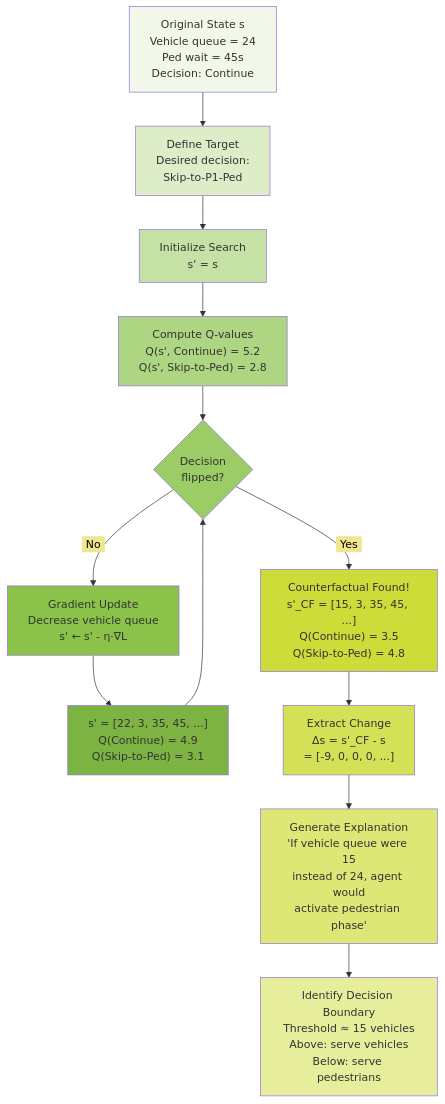
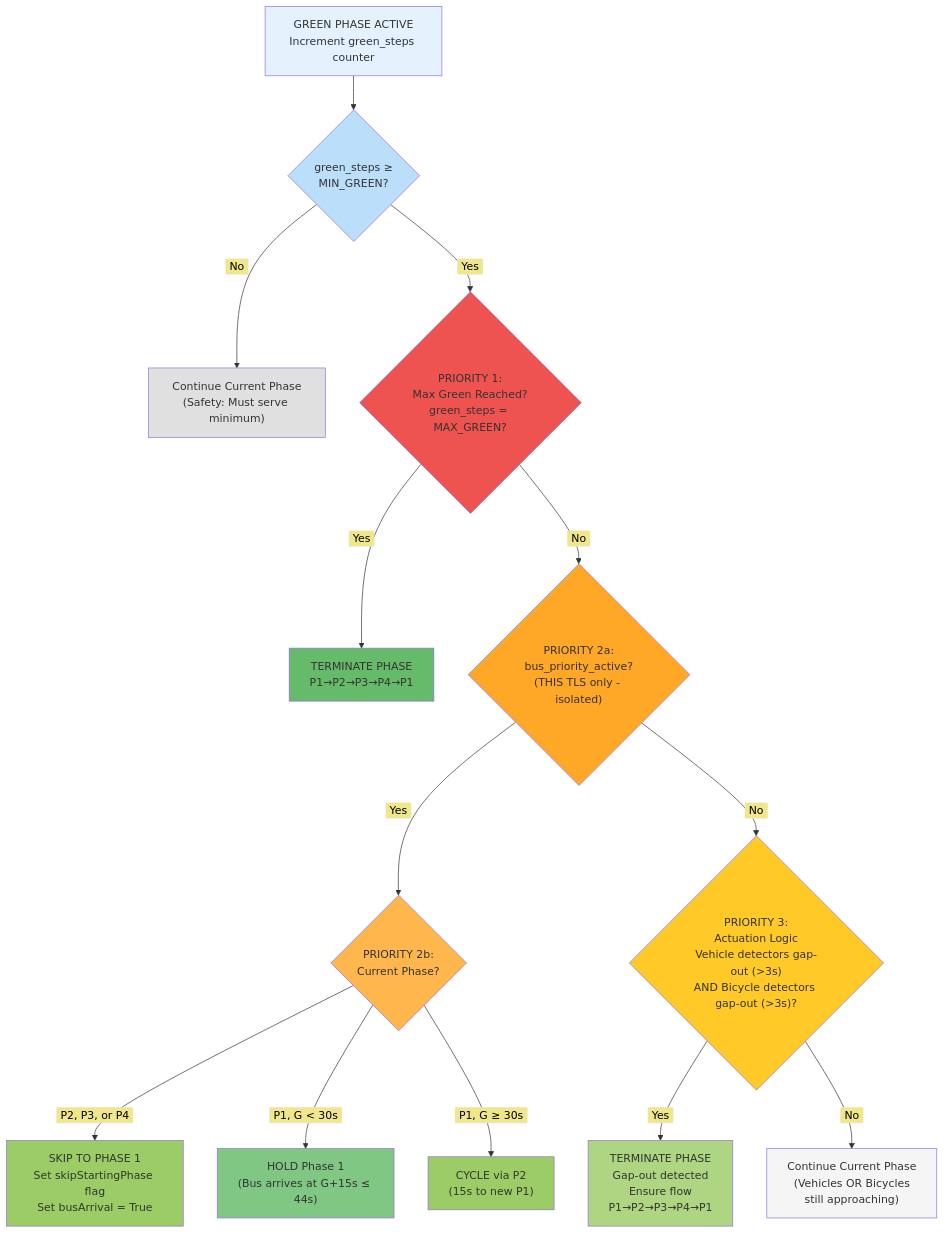
Before and after one commit to Chaklader/SignalSyncPro: the second of 7 diagrams in papers/Theory_3.md, drawn with Mermaid. The commit also changed other lines of this file and 3 other files, not shown here.

````diff
--- a/papers/Theory_3.md
+++ b/papers/Theory_3.md
@@ -606,36 +115,41 @@
 ```mermaid
 flowchart TD
-    A["Original State s<br>Vehicle queue = 24<br>Ped wait = 45s<br>Decision: Continue"] --> B["Define Target<br>Desired decision:<br>Skip-to-P1-Ped"]
 
-    B --> C["Initialize Search<br>s' = s"]
+    GreenStart["GREEN PHASE ACTIVE<br>Increment green_steps counter"] --> MinGreenCheck{"green_steps ≥<br>MIN_GREEN?"}
 
-    C --> D["Compute Q-values<br>Q(s', Continue) = 5.2<br>Q(s', Skip-to-Ped) = 2.8"]
+    MinGreenCheck -->|<span style='background-color:khaki; color:black; padding:2px 6px; border-radius:3px'>No</span>| Continue0["Continue Current Phase<br>(Safety: Must serve minimum)"]
 
-    D --> E{"Decision<br>flipped?"}
+    MinGreenCheck -->|<span style='background-color:khaki; color:black; padding:2px 6px; border-radius:3px'>Yes</span>| Priority1{"PRIORITY 1:<br>Max Green Reached?<br>green_steps = MAX_GREEN?"}
 
-    E -->|<span style='background-color:khaki; color:black; padding:2px 6px; border-radius:3px'>No</span>| F["Gradient Update<br>Decrease vehicle queue<br>s' ← s' - η·∇L"]
+    Priority1 -->|<span style='background-color:khaki; color:black; padding:2px 6px; border-radius:3px'>Yes</span>| Action1["TERMINATE PHASE<br>P1→P2→P3→P4→P1"]
 
-    F --> G["s' = [22, 3, 35, 45, ...]<br>Q(Continue) = 4.9<br>Q(Skip-to-Ped) = 3.1"]
+    Priority1 -->|<span style='background-color:khaki; color:black; padding:2px 6px; border-radius:3px'>No</span>| Priority2a{"PRIORITY 2a:<br>bus_priority_active?<br>(THIS TLS only - isolated)"}
 
-    G --> E
+    Priority2a -->|<span style='background-color:khaki; color:black; padding:2px 6px; border-radius:3px'>Yes</span>| Priority2b{"PRIORITY 2b:<br>Current Phase?"}
 
-    E -->|<span style='background-color:khaki; color:black; padding:2px 6px; border-radius:3px'>Yes</span>| H["Counterfactual Found!<br>s'_CF = [15, 3, 35, 45, ...]<br>Q(Continue) = 3.5<br>Q(Skip-to-Ped) = 4.8"]
+    Priority2b -->|<span style='background-color:khaki; color:black; padding:2px 6px; border-radius:3px'>P2, P3, or P4</span>| Action2["SKIP TO PHASE 1<br>Set skipStartingPhase flag<br>Set busArrival = True"]
 
-    H --> I["Extract Change<br>Δs = s'_CF - s<br>= [-9, 0, 0, 0, ...]"]
+    Priority2b -->|<span style='background-color:khaki; color:black; padding:2px 6px; border-radius:3px'>P1, G < 30s</span>| ContinueP1["HOLD Phase 1<br>(Bus arrives at G+15s ≤ 44s)"]
 
-    I --> J["Generate Explanation<br>'If vehicle queue were 15<br>instead of 24, agent would<br>activate pedestrian phase'"]
+    Priority2b -->|<span style='background-color:khaki; color:black; padding:2px 6px; border-radius:3px'>P1, G ≥ 30s</span>| CycleP1["CYCLE via P2<br>(15s to new P1)"]
 
-    J --> K["Identify Decision Boundary<br>Threshold ≈ 15 vehicles<br>Above: serve vehicles<br>Below: serve pedestrians"]
+    Priority2a -->|<span style='background-color:khaki; color:black; padding:2px 6px; border-radius:3px'>No</span>| Priority3{"PRIORITY 3:<br>Actuation Logic<br>Vehicle detectors gap-out (>3s)<br>AND Bicycle detectors gap-out (>3s)?"}
 
-    style A fill:#F1F8E9
-    style B fill:#DCEDC8
-    style C fill:#C5E1A5
-    style D fill:#AED581
-    style E fill:#9CCC65
-    style F fill:#8BC34A
-    style G fill:#7CB342
-    style H fill:#CDDC39
-    style I fill:#D4E157
-    style J fill:#DCE775
-    style K fill:#E6EE9C
+    Priority3 -->|<span style='background-color:khaki; color:black; padding:2px 6px; border-radius:3px'>Yes</span>| Action3["TERMINATE PHASE<br>Gap-out detected<br>Ensure flow<br>P1→P2→P3→P4→P1"]
+
+    Priority3 -->|<span style='background-color:khaki; color:black; padding:2px 6px; border-radius:3px'>No</span>| Continue2["Continue Current Phase<br>(Vehicles OR Bicycles<br>still approaching)"]
+
+    style GreenStart fill:#E3F2FD
+    style MinGreenCheck fill:#BBDEFB
+    style Priority1 fill:#EF5350
+    style Priority2a fill:#FFA726
+    style Priority2b fill:#FFB74D
+    style Priority3 fill:#FFCA28
+    style Action1 fill:#66BB6A
+    style Action2 fill:#9CCC65
+    style Action3 fill:#AED581
+    style ContinueP1 fill:#81C784
+    style CycleP1 fill:#9CCC65
+    style Continue0 fill:#E0E0E0
+    style Continue2 fill:#F5F5F5
 ```
````
